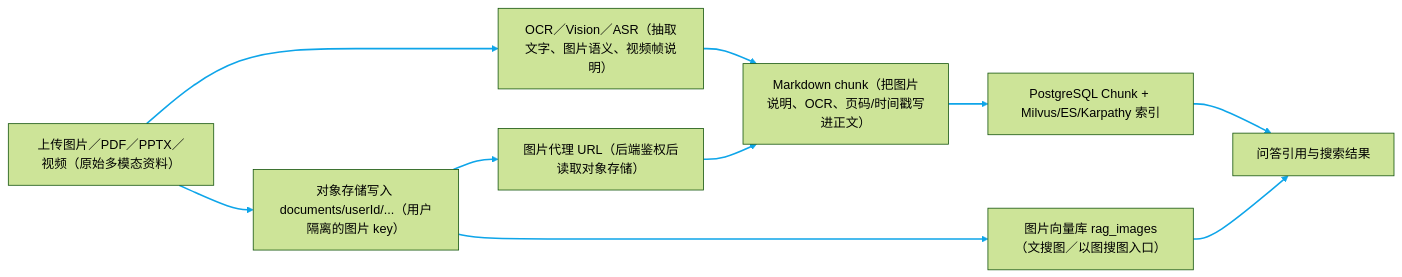
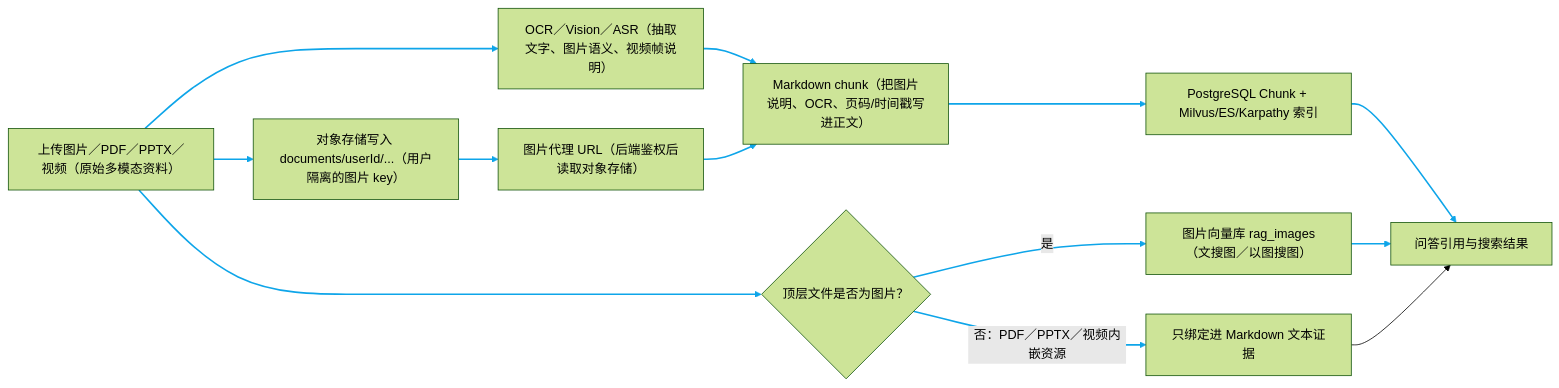
Diagram 15 of 29 in docs/interview/功能步骤流程.md (monstereatai/RAG), drawn with Mermaid (forest theme) before and after one commit. The commit also changed other lines of this file and 37 other files, not shown here.

````diff
--- a/docs/interview/功能步骤流程.md
+++ b/docs/interview/功能步骤流程.md
@@ -572,13 +656,16 @@
 ```mermaid
 flowchart LR
   A[上传图片／PDF／PPTX／视频（原始多模态资料）] --> B[对象存储写入 documents/userId/...（用户隔离的图片 key）]
   A --> C[OCR／Vision／ASR（抽取文字、图片语义、视频帧说明）]
   B --> D[图片代理 URL（后端鉴权后读取对象存储）]
   C --> E[Markdown chunk（把图片说明、OCR、页码/时间戳写进正文）]
   D --> E
   E --> F[PostgreSQL Chunk + Milvus/ES/Karpathy 索引]
-  B --> G[图片向量库 rag_images（文搜图／以图搜图入口）]
+  A --> T{顶层文件是否为图片？}
+  T -->|是| G[图片向量库 rag_images（文搜图／以图搜图）]
+  T -->|否：PDF／PPTX／视频内嵌资源| U[只绑定进 Markdown 文本证据]
   F --> H[问答引用与搜索结果]
   G --> H
-  linkStyle 0,1,2,3,4,5,6,7,8 stroke:#0ea5e9,stroke-width:2px
+  U --> H
+  linkStyle 0,1,2,3,4,5,6,7,8,9,10 stroke:#0ea5e9,stroke-width:2px
 ```
````
